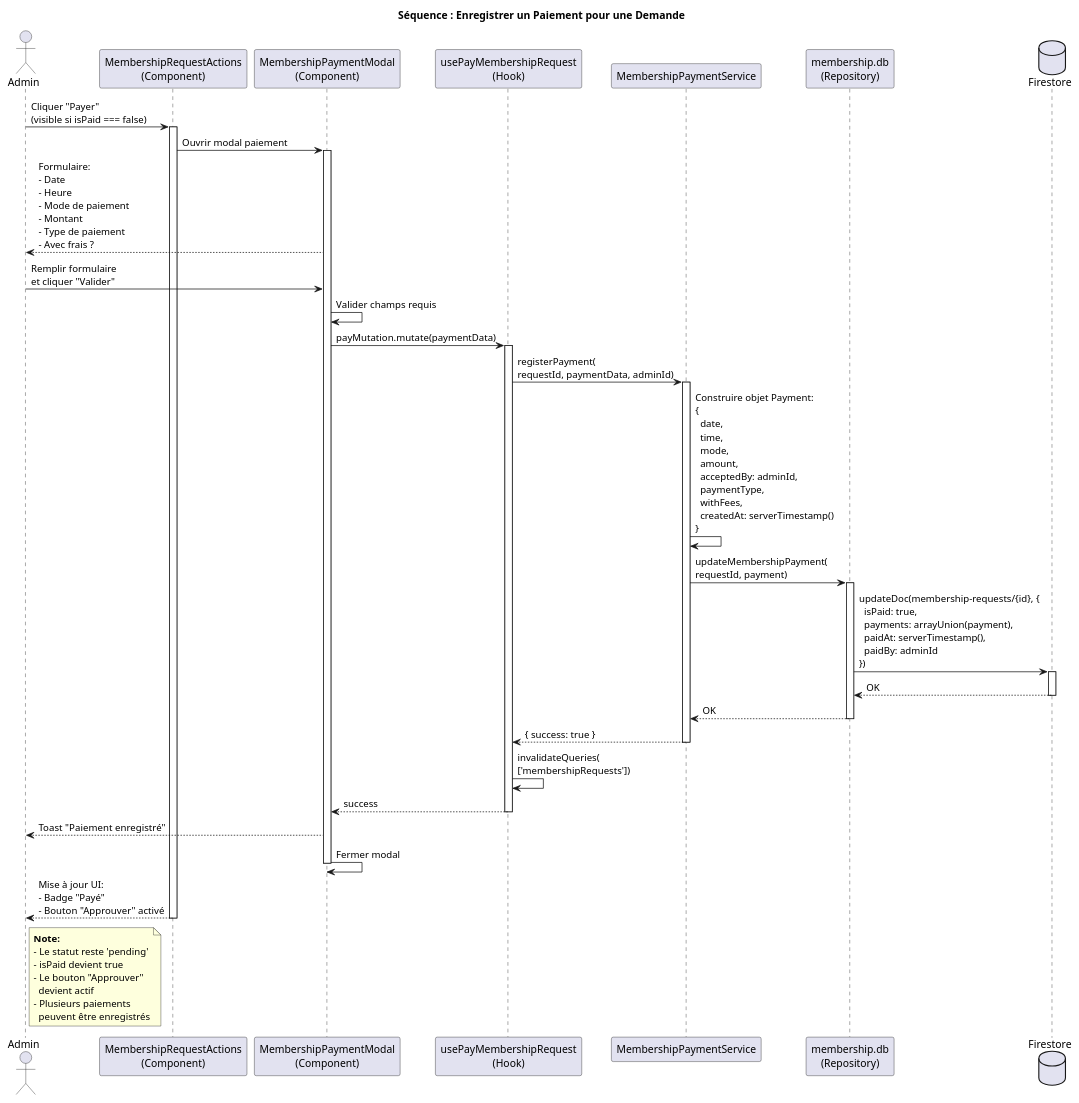
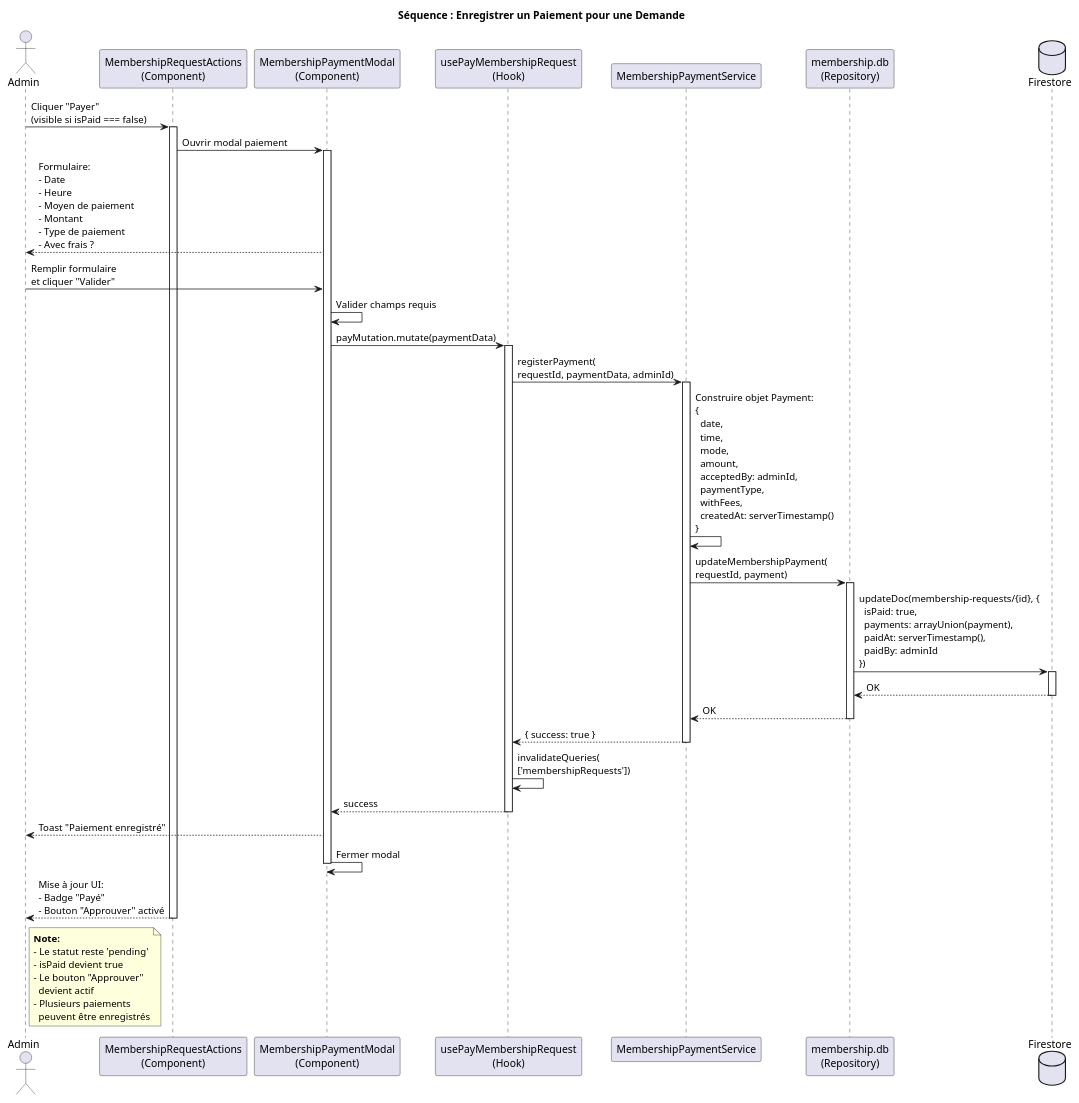
Before and after one commit to GlennEriss/kara-client-front: diagram 13 of 15 in documentation/membership-requests/DIAGRAMMES_SEQUENCE.puml, drawn with PlantUML. The commit also changed 37 other files, not shown here.

First line of the commit message:
refactor(payment): standardize terminology from "Mode de paiement" to "Moyen de paiement"

```diff
--- a/documentation/membership-requests/DIAGRAMMES_SEQUENCE.puml
+++ b/documentation/membership-requests/DIAGRAMMES_SEQUENCE.puml
@@ -818,70 +818,70 @@
 @startuml SEQ_Payer
 title Séquence : Enregistrer un Paiement pour une Demande
 
 actor "Admin" as Admin
 participant "MembershipRequestActions\n(Component)" as Actions
 participant "MembershipPaymentModal\n(Component)" as Modal
 participant "usePayMembershipRequest\n(Hook)" as Hook
 participant "MembershipPaymentService" as Service
 participant "membership.db\n(Repository)" as DB
 database "Firestore" as Firestore
 
 Admin -> Actions: Cliquer "Payer"\n(visible si isPaid === false)
 activate Actions
 
 Actions -> Modal: Ouvrir modal paiement
 activate Modal
 
-Modal --> Admin: Formulaire:\n- Date\n- Heure\n- Mode de paiement\n- Montant\n- Type de paiement\n- Avec frais ?
+Modal --> Admin: Formulaire:\n- Date\n- Heure\n- Moyen de paiement\n- Montant\n- Type de paiement\n- Avec frais ?
 
 Admin -> Modal: Remplir formulaire\net cliquer "Valider"
 
 Modal -> Modal: Valider champs requis
 
 Modal -> Hook: payMutation.mutate(paymentData)
 activate Hook
 
 Hook -> Service: registerPayment(\nrequestId, paymentData, adminId)
 activate Service
 
 Service -> Service: Construire objet Payment:\n{\n  date,\n  time,\n  mode,\n  amount,\n  acceptedBy: adminId,\n  paymentType,\n  withFees,\n  createdAt: serverTimestamp()\n}
 
 Service -> DB: updateMembershipPayment(\nrequestId, payment)
 activate DB
 
 DB -> Firestore: updateDoc(membership-requests/{id}, {\n  isPaid: true,\n  payments: arrayUnion(payment),\n  paidAt: serverTimestamp(),\n  paidBy: adminId\n})
 activate Firestore
 Firestore --> DB: OK
 deactivate Firestore
 
 DB --> Service: OK
 deactivate DB
 
 Service --> Hook: { success: true }
 deactivate Service
 
 Hook -> Hook: invalidateQueries(\n['membershipRequests'])
 
 Hook --> Modal: success
 deactivate Hook
 
 Modal --> Admin: Toast "Paiement enregistré"
 Modal -> Modal: Fermer modal
 
 deactivate Modal
 
 Actions --> Admin: Mise à jour UI:\n- Badge "Payé"\n- Bouton "Approuver" activé
 
 deactivate Actions
 
 note right of Admin
   **Note:**
   - Le statut reste 'pending'
   - isPaid devient true
   - Le bouton "Approuver"
     devient actif
   - Plusieurs paiements
     peuvent être enregistrés
 end note
 
 @enduml
```
